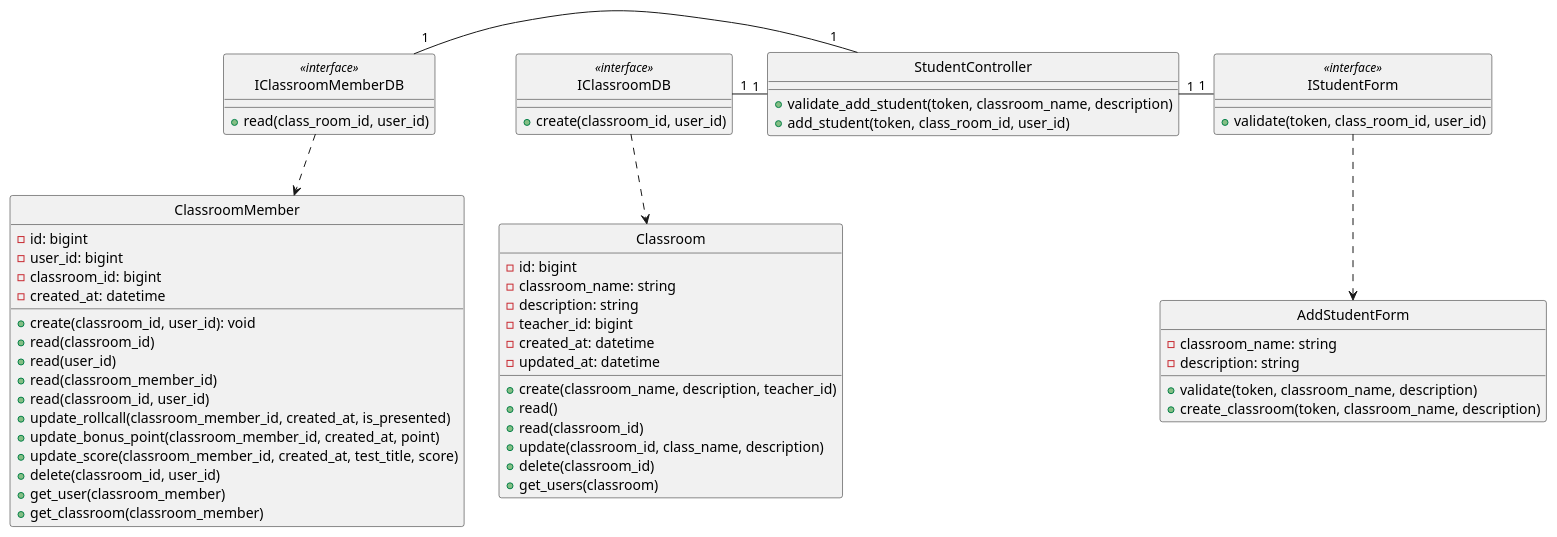
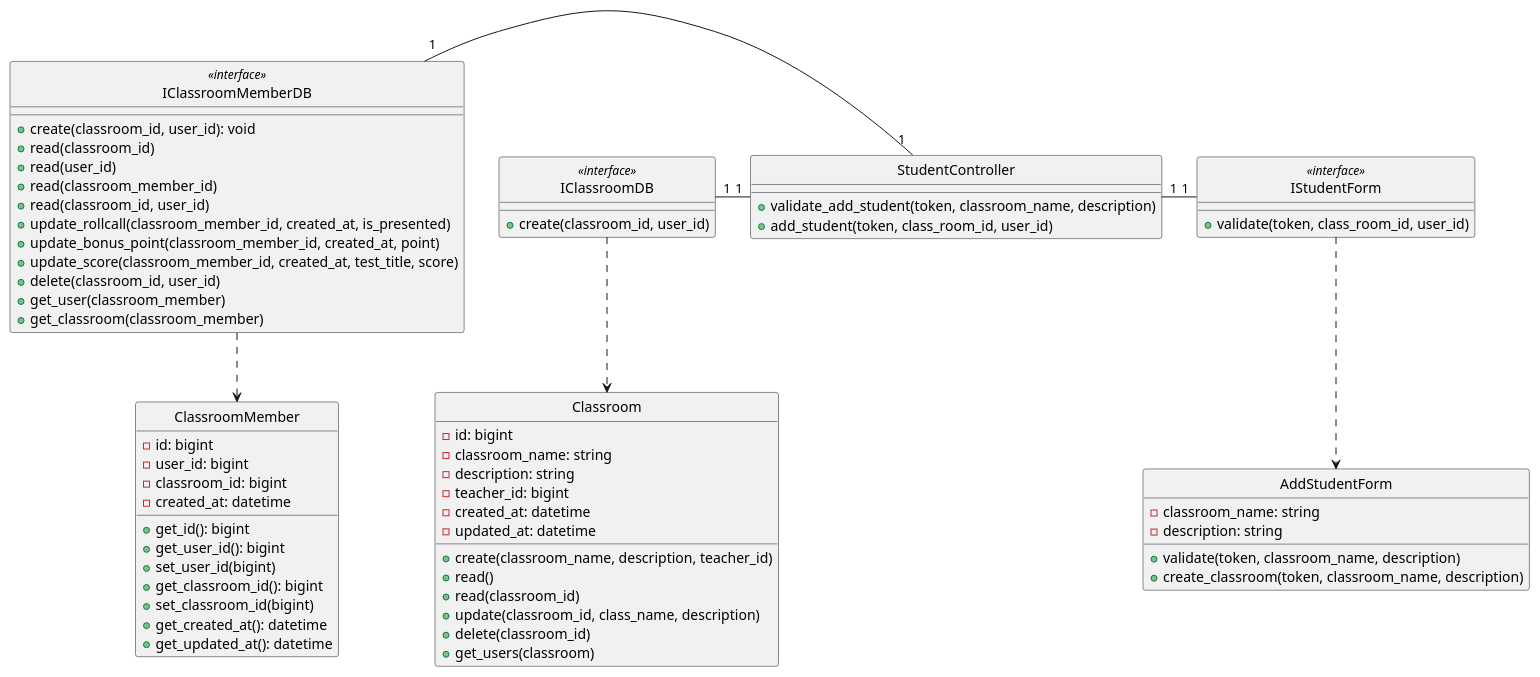
One commit to anonyhostvn/OOAD-Diagram changed the diagram in class - design/student/addStudent.plantuml. Above: the diagram before and after it, drawn with PlantUML. The commit also changed 14 other files, not shown here.

```diff
--- a/class - design/student/addStudent.plantuml
+++ b/class - design/student/addStudent.plantuml
@@ -1,83 +1,89 @@
 @startuml addStudent
 
 class Classroom {
     - id: bigint
     - classroom_name: string
     - description: string
     - teacher_id: bigint
     - created_at: datetime
     - updated_at: datetime
 
     + create(classroom_name, description, teacher_id)
     + read()
     + read(classroom_id)
     + update(classroom_id, class_name, description)
     + delete(classroom_id)
     + get_users(classroom)
 
 }
 
 class IClassroomDB <<interface>> {
     + create(classroom_id, user_id)
 }
 
 class AddStudentForm {
     - classroom_name: string
     - description: string
 
     + validate(token, classroom_name, description)
     + create_classroom(token, classroom_name, description)
 }
 
 class IStudentForm <<interface>> {
     + validate(token, class_room_id, user_id)
 }
 
 class StudentController {
     + validate_add_student(token, classroom_name, description)
     + add_student(token, class_room_id, user_id)
 }
 
 
 class ClassroomMember {
     - id: bigint
     - user_id: bigint
     - classroom_id: bigint
     - created_at: datetime
 
+    + get_id(): bigint
+    + get_user_id(): bigint
+    + set_user_id(bigint)
+    + get_classroom_id(): bigint
+    + set_classroom_id(bigint)
+    + get_created_at(): datetime
+    + get_updated_at(): datetime
+}
+
+class IClassroomMemberDB <<interface>> {
     + create(classroom_id, user_id): void
     + read(classroom_id)
     + read(user_id)
     + read(classroom_member_id)
     + read(classroom_id, user_id)
     + update_rollcall(classroom_member_id, created_at, is_presented)
     + update_bonus_point(classroom_member_id, created_at, point)
     + update_score(classroom_member_id, created_at, test_title, score)
     + delete(classroom_id, user_id)
     + get_user(classroom_member)
     + get_classroom(classroom_member)
-}
-
-class IClassroomMemberDB <<interface>> {
-    + read(class_room_id, user_id)
 }
 
 hide Classroom circle
 hide IClassroomDB <<interface>> circle
 hide AddStudentForm circle
 hide IStudentForm <<interface>> circle
 hide StudentController circle
 hide IClassroomMemberDB <<interface>> circle
 hide ClassroomMember circle
 
 
 IClassroomDB -down.> Classroom
 IStudentForm .down.> AddStudentForm
 IClassroomMemberDB .down.> ClassroomMember
 StudentController "1"-left-"1" IClassroomDB
 IStudentForm "1"-left-"1" StudentController
 StudentController "1"-left-"1" IClassroomMemberDB
 
 
 
 @enduml
```
